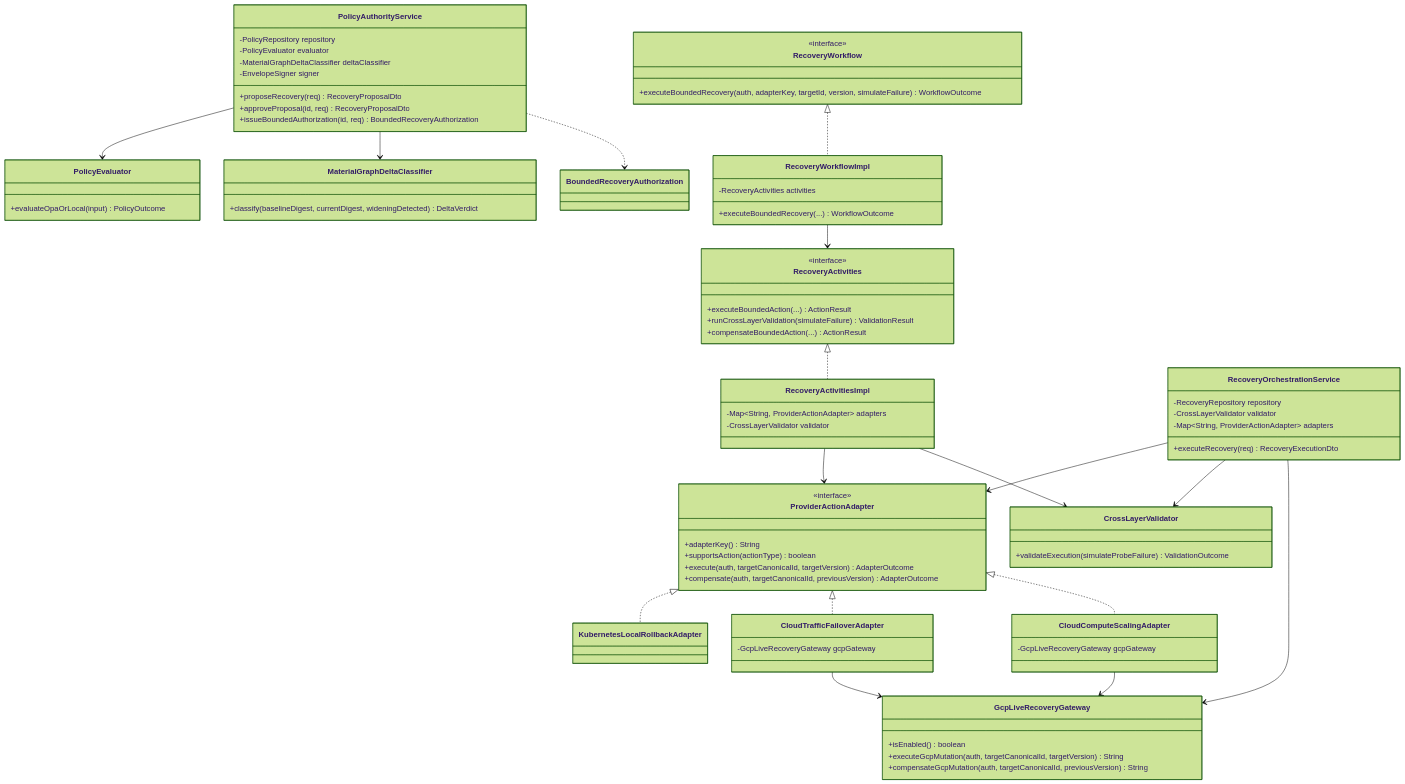
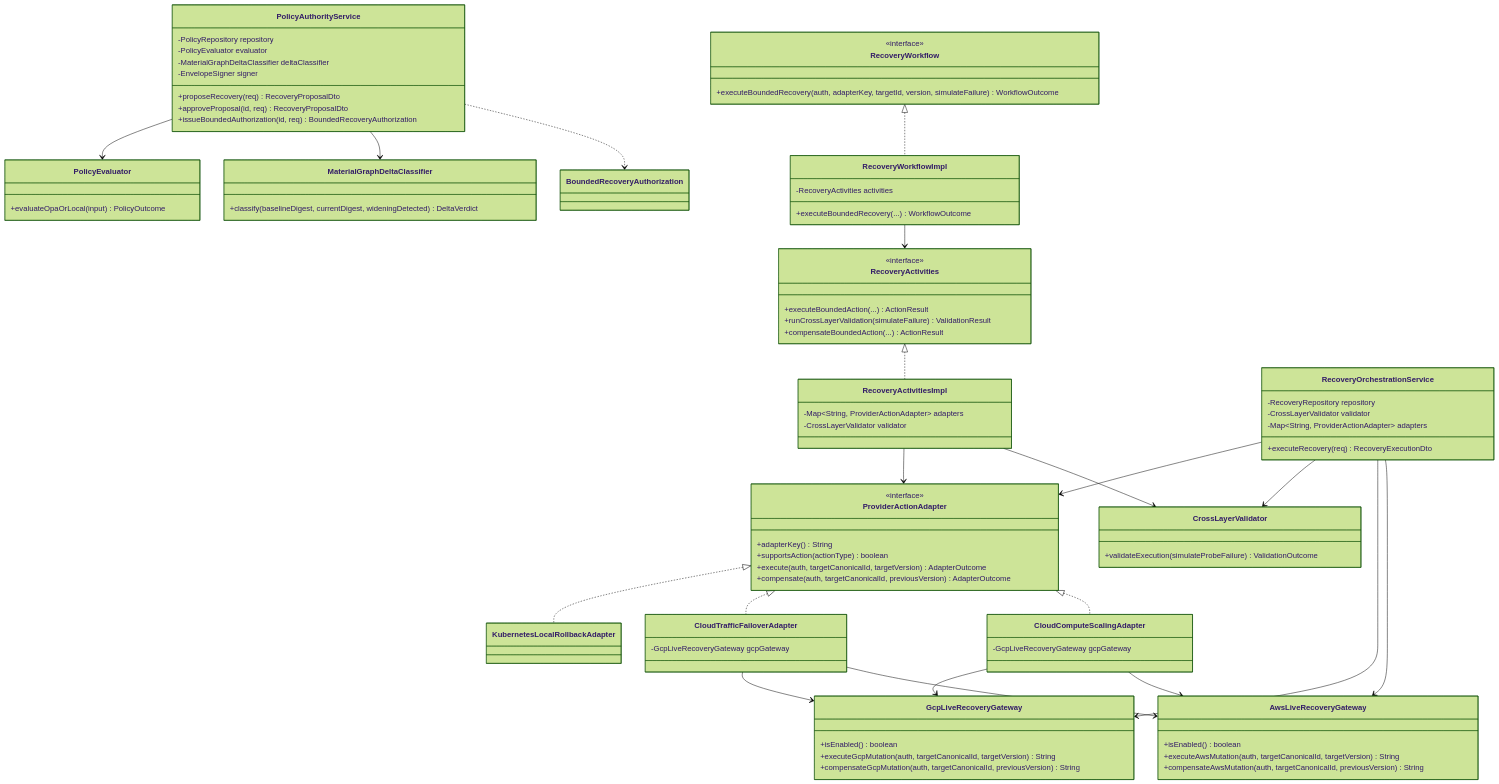
The fifth of 6 diagrams in docs/diagrams/CLASS_DIAGRAMS.md (fenoch4real/uacrf-unified-adaptive-cloud-resilience-framework), drawn with Mermaid (forest theme) before and after one commit. The commit also changed other lines of this file and 31 other files, not shown here.

Commit message:
feat(aws,recovery,ui): add native AWS SigV4 discovery, CloudWatch pollers, and toggle-gated ECS/ASG recovery

````diff
--- a/docs/diagrams/CLASS_DIAGRAMS.md
+++ b/docs/diagrams/CLASS_DIAGRAMS.md
@@ -332,6 +345,11 @@
         +executeGcpMutation(auth, targetCanonicalId, targetVersion) String
         +compensateGcpMutation(auth, targetCanonicalId, previousVersion) String
     }
+    class AwsLiveRecoveryGateway {
+        +isEnabled() boolean
+        +executeAwsMutation(auth, targetCanonicalId, targetVersion) String
+        +compensateAwsMutation(auth, targetCanonicalId, previousVersion) String
+    }
     class CrossLayerValidator {
         +validateExecution(simulateProbeFailure) ValidationOutcome
     }
@@ -347,9 +365,12 @@
     RecoveryOrchestrationService --> ProviderActionAdapter
     RecoveryOrchestrationService --> CrossLayerValidator
     RecoveryOrchestrationService --> GcpLiveRecoveryGateway
+    RecoveryOrchestrationService --> AwsLiveRecoveryGateway
     ProviderActionAdapter <|.. KubernetesLocalRollbackAdapter
     ProviderActionAdapter <|.. CloudTrafficFailoverAdapter
     ProviderActionAdapter <|.. CloudComputeScalingAdapter
     CloudTrafficFailoverAdapter --> GcpLiveRecoveryGateway
+    CloudTrafficFailoverAdapter --> AwsLiveRecoveryGateway
     CloudComputeScalingAdapter --> GcpLiveRecoveryGateway
+    CloudComputeScalingAdapter --> AwsLiveRecoveryGateway
 ```
````
